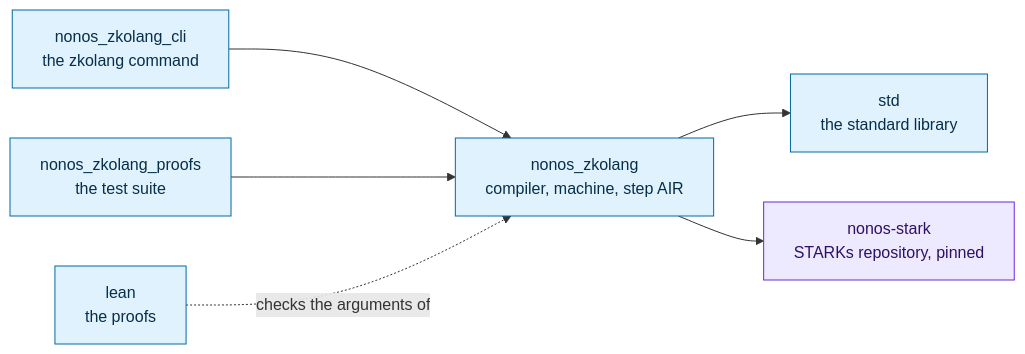
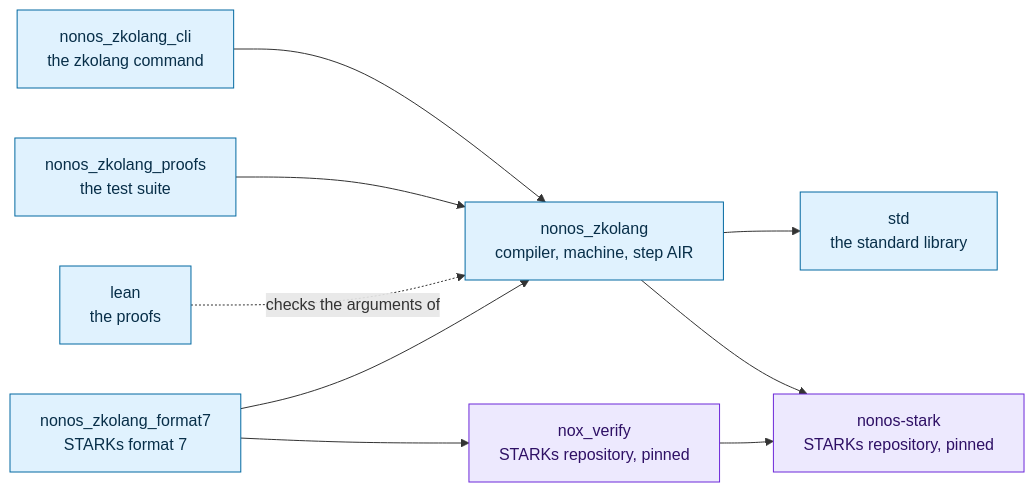
Before and after one commit to NON-OS/zkolang: the fourth of 4 diagrams in README.md, drawn with Mermaid. The commit also changed other lines of this file and 19 other files, not shown here.

````diff
--- a/README.md
+++ b/README.md
@@ -701,18 +713,23 @@
 ```mermaid
 flowchart LR
     classDef here fill:#e0f2fe,stroke:#0369a1,color:#082f49
     classDef there fill:#ede9fe,stroke:#6d28d9,color:#2e1065
 
     CLI["nonos_zkolang_cli<br/>the zkolang command"]:::here
     LIB["nonos_zkolang<br/>compiler, machine, step AIR"]:::here
     PROOFS["nonos_zkolang_proofs<br/>the test suite"]:::here
     STD["std<br/>the standard library"]:::here
     LEANN["lean<br/>the proofs"]:::here
+    F7["nonos_zkolang_format7<br/>STARKs format 7"]:::here
     STARK["nonos-stark<br/>STARKs repository, pinned"]:::there
+    NOXV["nox_verify<br/>STARKs repository, pinned"]:::there
 
     CLI --> LIB
     PROOFS --> LIB
+    F7 --> LIB
+    F7 --> NOXV
     LIB --> STD
     LIB --> STARK
+    NOXV --> STARK
     LEANN -. "checks the arguments of" .-> LIB
 ```
````
